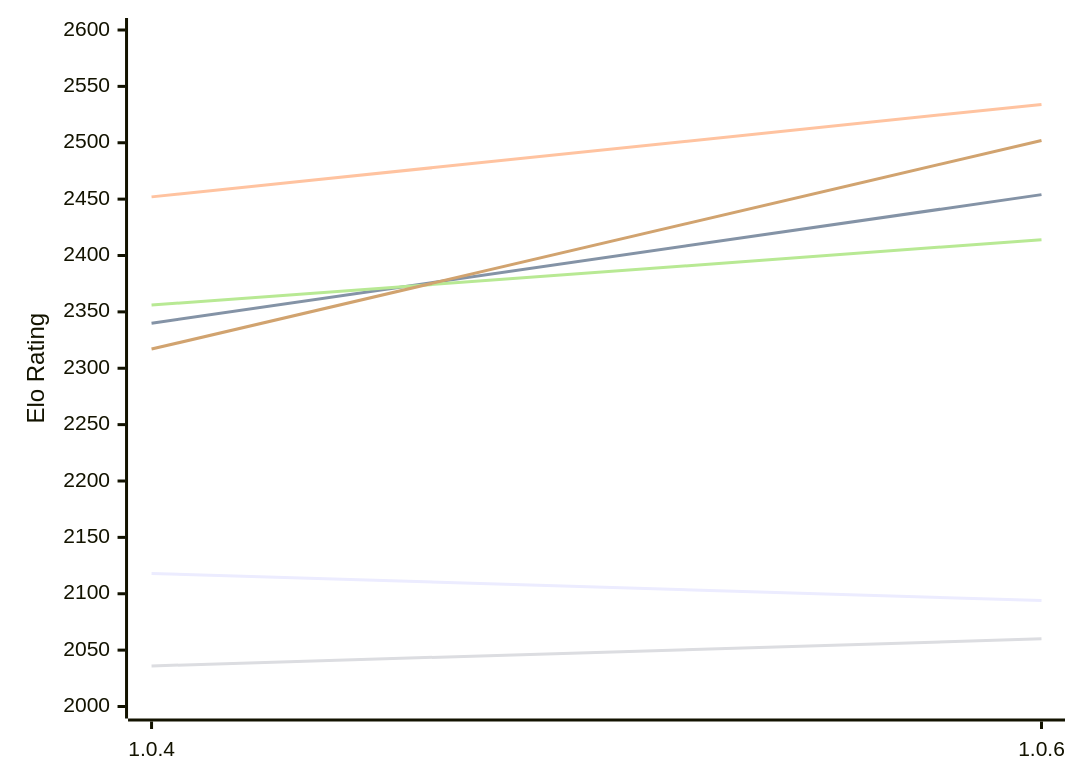
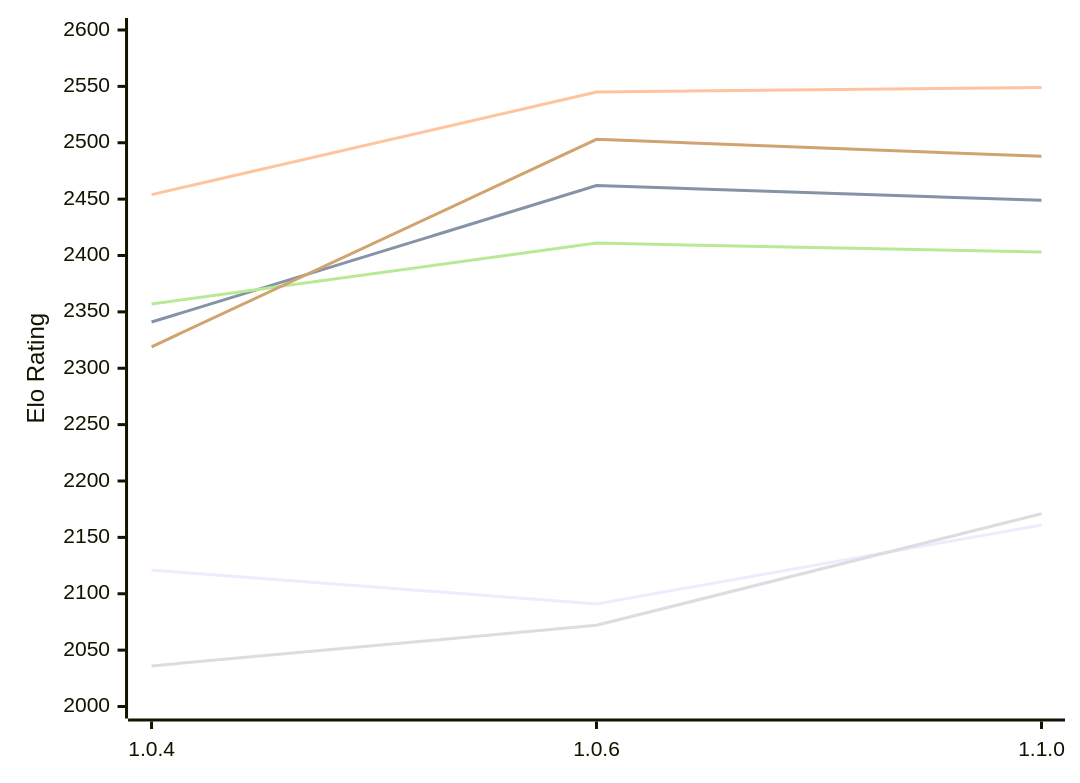
Before and after one commit to computer-chess-index/cci: the diagram in engines/Ankax.md, drawn with Mermaid. The commit also changed other lines of this file, not shown here.

Commit message:
Update CCI Ratings (ELO VLTC) - 2026-11-19

````diff
--- a/engines/Ankax.md
+++ b/engines/Ankax.md
@@ -49,12 +51,12 @@
 ```mermaid
 %%{init: {"theme":"base","themeVariables":{"seriesColors:['#a3a3a3','#222221','#faa371']}}}%%
 xychart-beta
-  x-axis ["1.0.4", "1.0.6"]
+  x-axis ["1.0.4", "1.0.6", "1.1.0"]
   y-axis "Elo Rating" 2000 --> 2600
-  line "E1: STC (8.0+0.08s)" [2118, 2094]
-  line "E1: LTC (60.0+0.60s)" [2340, 2454]
-  line "E1: VLTC (2m24s+1.12s)" [2452, 2534]
-  line "P1: STC (8.0+0.08s)" [2036, 2060]
-  line "P1: LTC (60.0+0.60s)" [2356, 2414]
-  line "P1: VLTC (2m24s+1.12s)" [2317, 2502]
+  line "E1: STC (8.0+0.08s)" [2121, 2091, 2161]
+  line "E1: LTC (60.0+0.60s)" [2341, 2462, 2449]
+  line "E1: VLTC (2m24s+1.12s)" [2454, 2545, 2549]
+  line "P1: STC (8.0+0.08s)" [2036, 2072, 2171]
+  line "P1: LTC (60.0+0.60s)" [2357, 2411, 2403]
+  line "P1: VLTC (2m24s+1.12s)" [2319, 2503, 2488]
 ```
````
